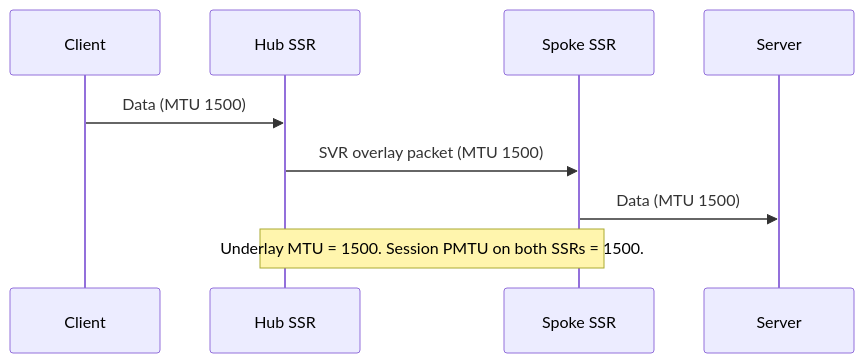
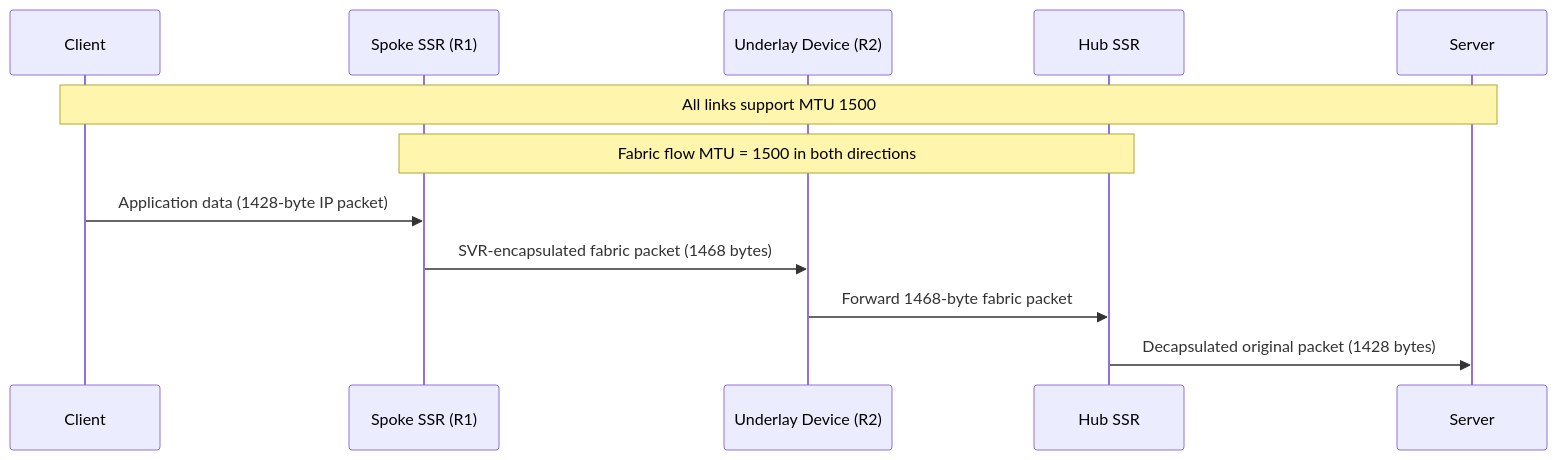
One commit to 128technology/docs changed the first of 4 diagrams in docs/config_pmtu.md. Above: the diagram before and after it, drawn with Mermaid. The commit also changed other lines of this file, not shown here.

First line of the commit message:
docs(pmtu): document adaptive path MTU for long-lived sessions (I95-60371)

````diff
--- a/docs/config_pmtu.md
+++ b/docs/config_pmtu.md
@@ -34,12 +47,15 @@
 ```mermaid
 sequenceDiagram
     participant Client
+    participant Spoke as Spoke SSR (R1)
+    participant R2 as Underlay Device (R2)
     participant Hub as Hub SSR
-    participant R1 as Spoke SSR
     participant Server
 
-    Client->>Hub: Data (MTU 1500)
-    Hub->>R1: SVR overlay packet (MTU 1500)
-    R1->>Server: Data (MTU 1500)
-    Note over Hub,R1: Underlay MTU = 1500. Session PMTU on both SSRs = 1500.
+    Note over Client,Server: All links support MTU 1500
+    Note over Spoke,Hub: Fabric flow MTU = 1500 in both directions
+    Client->>Spoke: Application data (1428-byte IP packet)
+    Spoke->>R2: SVR-encapsulated fabric packet (1468 bytes)
+    R2->>Hub: Forward 1468-byte fabric packet
+    Hub->>Server: Decapsulated original packet (1428 bytes)
 ```
````
